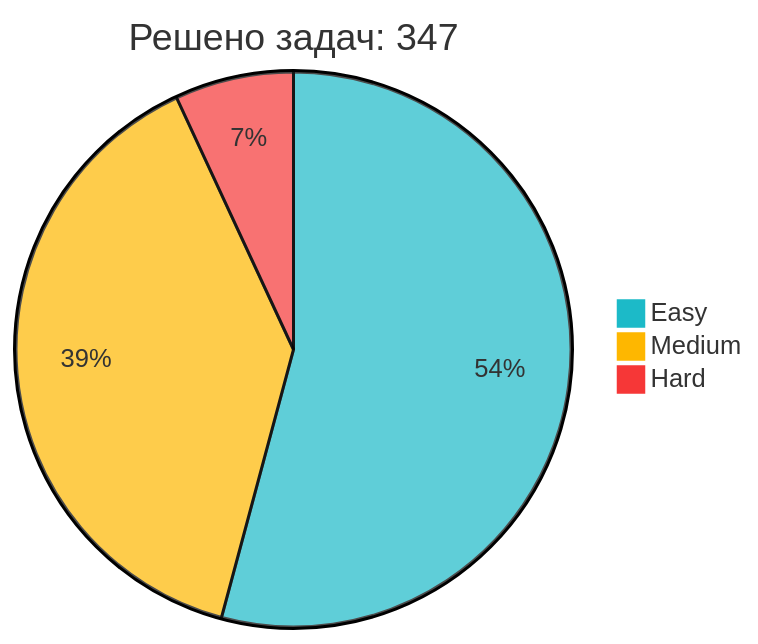
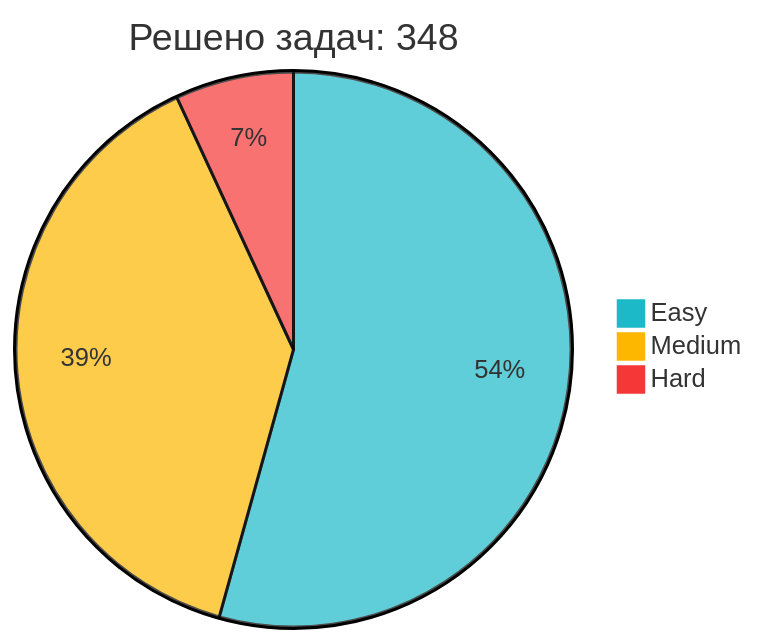
Before and after one commit to IliaKurdukov/IliaKurdukov: the diagram in README.md, drawn with Mermaid. The commit also changed other lines of this file, not shown here.

Commit message:
📈 Обновление статистики LeetCode

````diff
--- a/README.md
+++ b/README.md
@@ -51,7 +51,7 @@
 ```mermaid
 %%{init: {'theme': 'base', 'themeVariables': { 'pie1': '#1CBAC8', 'pie2': '#FEB700', 'pie3': '#F63737' }, 'config': {'width': 300, 'height': 200}}}%%
-pie title Решено задач: 347
-   "Easy" : 188
+pie title Решено задач: 348
+   "Easy" : 189
    "Medium" : 135
    "Hard" : 24
 ```
````
